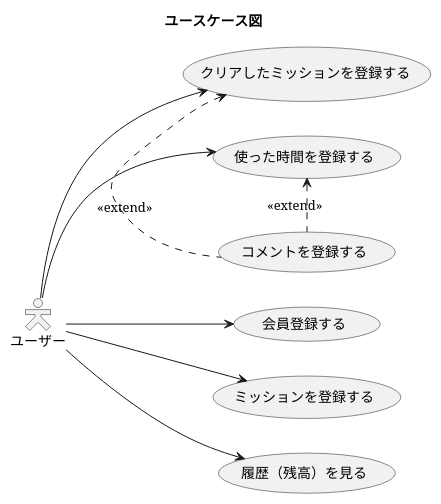
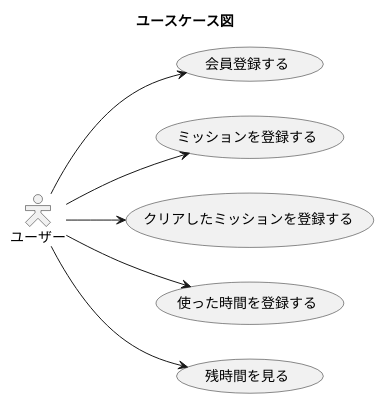
Before and after one commit to chitan148/TimesavingsBank: the diagram in documents/TimesavingsBank_use_case_diagram.pu, drawn with PlantUML.

Commit message:
拡張がユーザーに分かりずらいのでコメントアウト

```diff
--- a/documents/TimesavingsBank_use_case_diagram.pu
+++ b/documents/TimesavingsBank_use_case_diagram.pu
@@ -1,24 +1,24 @@
 @startuml
 title ユースケース図
 
 left to right direction
 skinparam actorStyle Hollow
 actor ユーザー as u
 
 usecase "会員登録する" as UC1
 usecase "ミッションを登録する" as UC2
 usecase "クリアしたミッションを登録する" as UC3
-usecase "履歴（残高）を見る" as UC4
-usecase "使った時間を登録する"  as UC5
-usecase "コメントを登録する" as UC6
+usecase "使った時間を登録する" as UC4
+usecase "残時間を見る"  as UC5
+' usecase "コメントを登録する" as UC6
 
 u --> UC1 
 u --> UC2
 u --> UC3
 u --> UC4
 u --> UC5
 
-UC3 <. UC6 : <<extend>>
-UC5 <. UC6 : <<extend>>
+' UC3 <. UC6 : <<extend>>
+' UC5 <. UC6 : <<extend>>
 
 @enduml
```
